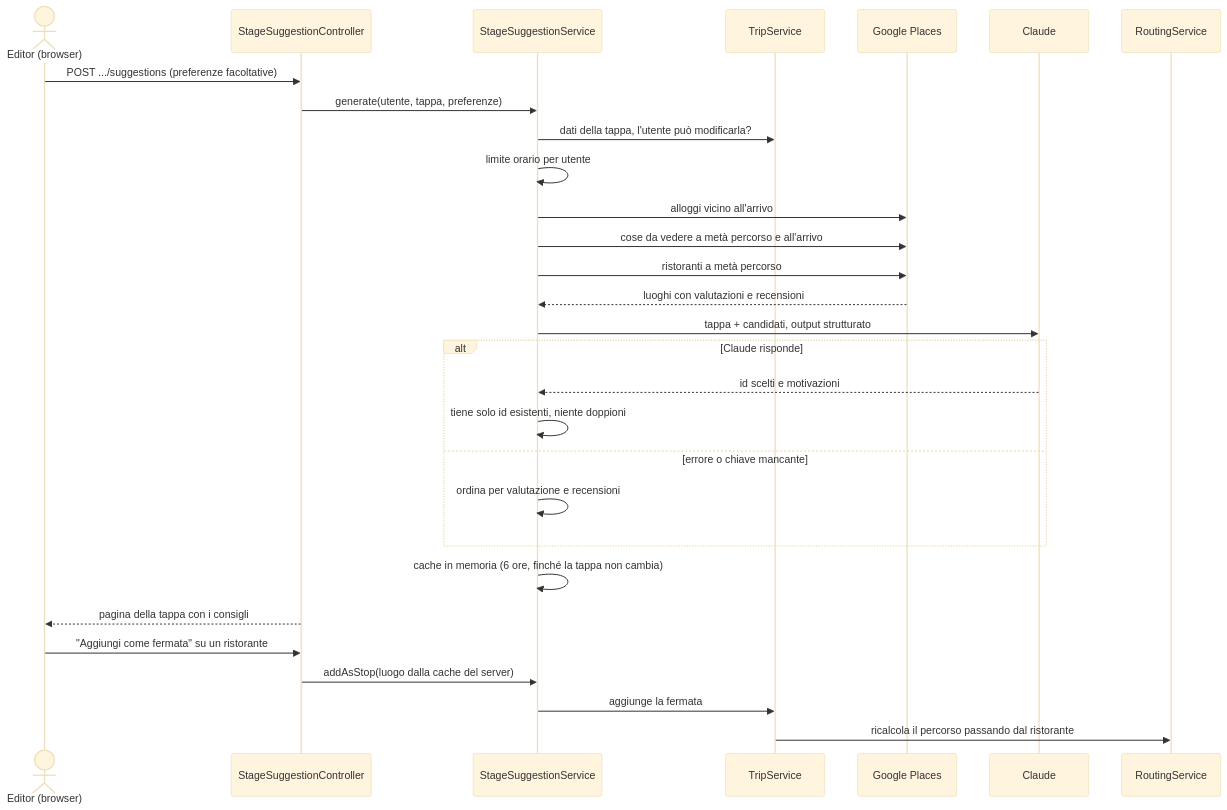
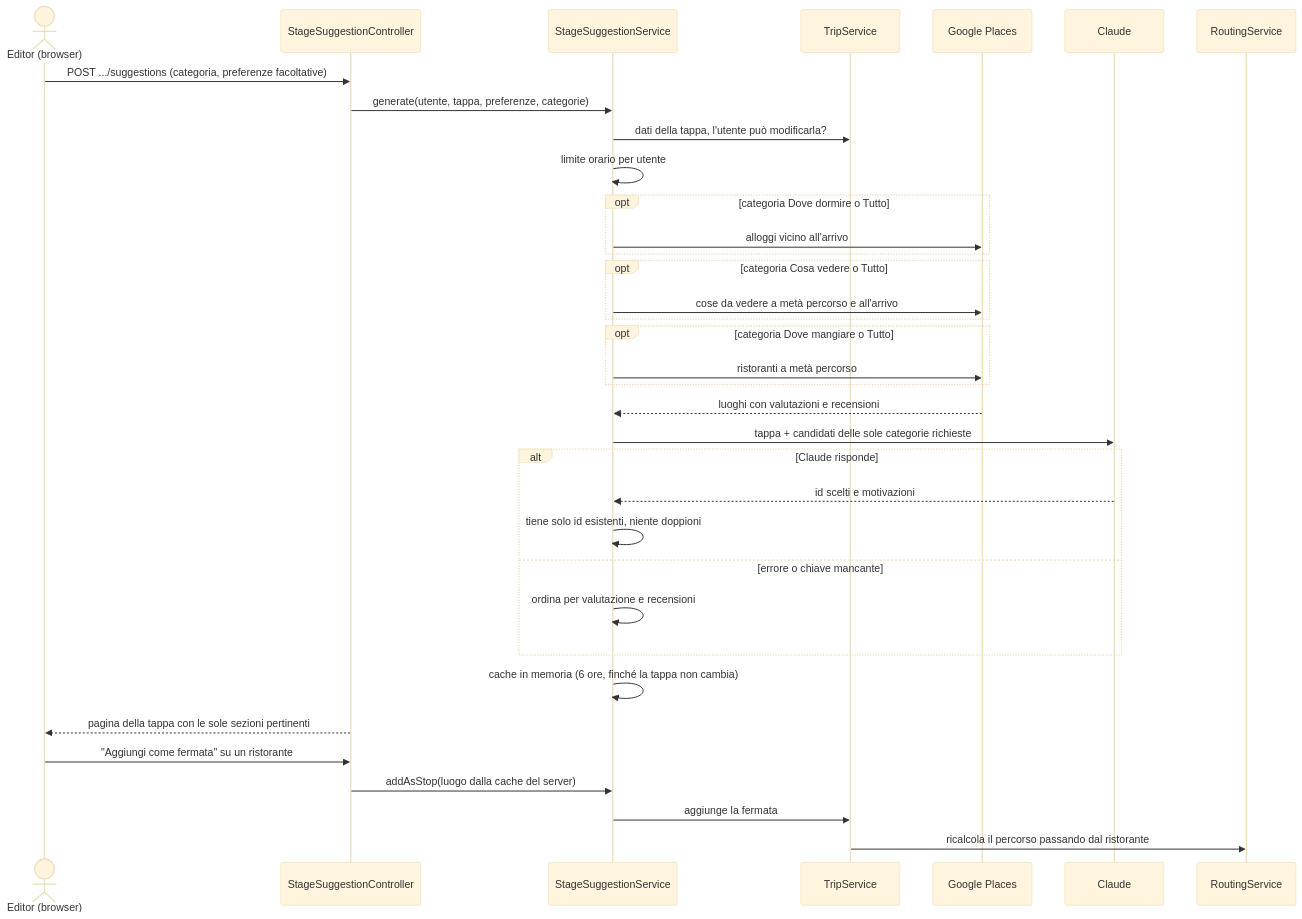
One commit to Paolo994/motorbike changed the eighth of 9 diagrams in docs/flussi.md. Above: the diagram before and after it, drawn with Mermaid (base theme). The commit also changed other lines of this file and 2 other files, not shown here.

````diff
--- a/docs/flussi.md
+++ b/docs/flussi.md
@@ -180,32 +190,38 @@
 ```mermaid
 sequenceDiagram
     actor U as Editor (browser)
     participant SC as StageSuggestionController
     participant SS as StageSuggestionService
     participant TS as TripService
     participant GP as Google Places
     participant CL as Claude
     participant RS as RoutingService
 
-    U->>SC: POST .../suggestions (preferenze facoltative)
-    SC->>SS: generate(utente, tappa, preferenze)
+    U->>SC: POST .../suggestions (categoria, preferenze facoltative)
+    SC->>SS: generate(utente, tappa, preferenze, categorie)
     SS->>TS: dati della tappa, l'utente può modificarla?
     SS->>SS: limite orario per utente
-    SS->>GP: alloggi vicino all'arrivo
-    SS->>GP: cose da vedere a metà percorso e all'arrivo
-    SS->>GP: ristoranti a metà percorso
+    opt categoria Dove dormire o Tutto
+        SS->>GP: alloggi vicino all'arrivo
+    end
+    opt categoria Cosa vedere o Tutto
+        SS->>GP: cose da vedere a metà percorso e all'arrivo
+    end
+    opt categoria Dove mangiare o Tutto
+        SS->>GP: ristoranti a metà percorso
+    end
     GP-->>SS: luoghi con valutazioni e recensioni
-    SS->>CL: tappa + candidati, output strutturato
+    SS->>CL: tappa + candidati delle sole categorie richieste
     alt Claude risponde
         CL-->>SS: id scelti e motivazioni
         SS->>SS: tiene solo id esistenti, niente doppioni
     else errore o chiave mancante
         SS->>SS: ordina per valutazione e recensioni
     end
     SS->>SS: cache in memoria (6 ore, finché la tappa non cambia)
-    SC-->>U: pagina della tappa con i consigli
+    SC-->>U: pagina della tappa con le sole sezioni pertinenti
     U->>SC: "Aggiungi come fermata" su un ristorante
     SC->>SS: addAsStop(luogo dalla cache del server)
     SS->>TS: aggiunge la fermata
     TS->>RS: ricalcola il percorso passando dal ristorante
 ```
````
